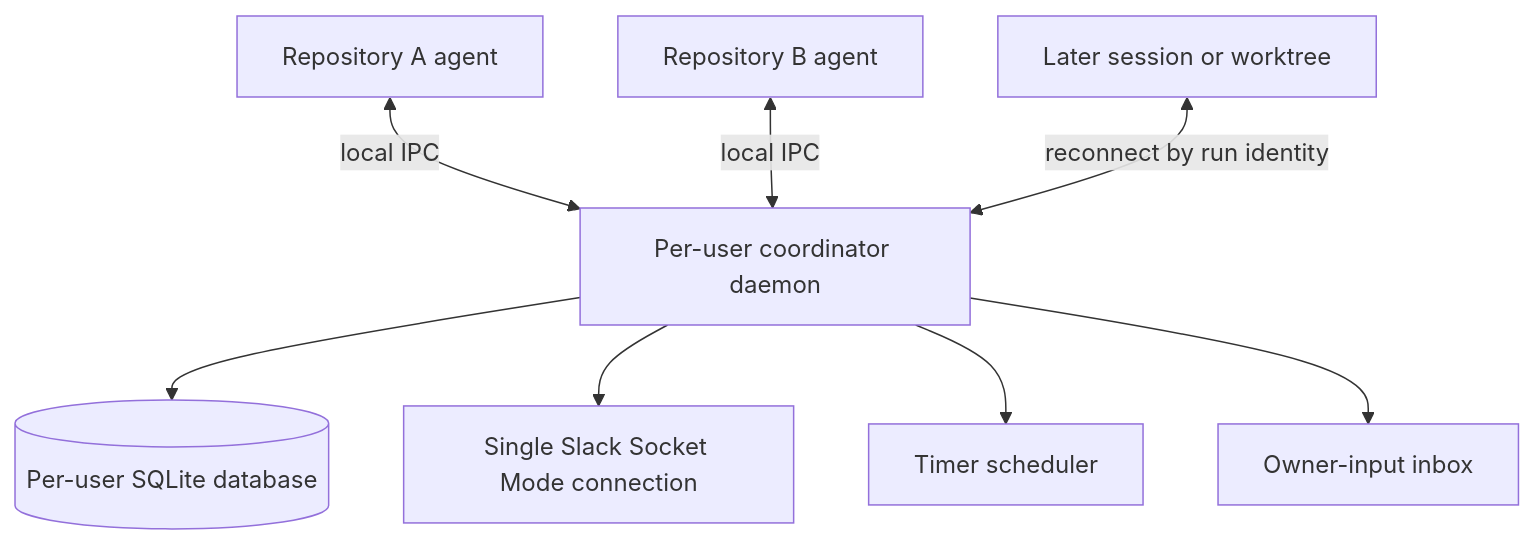
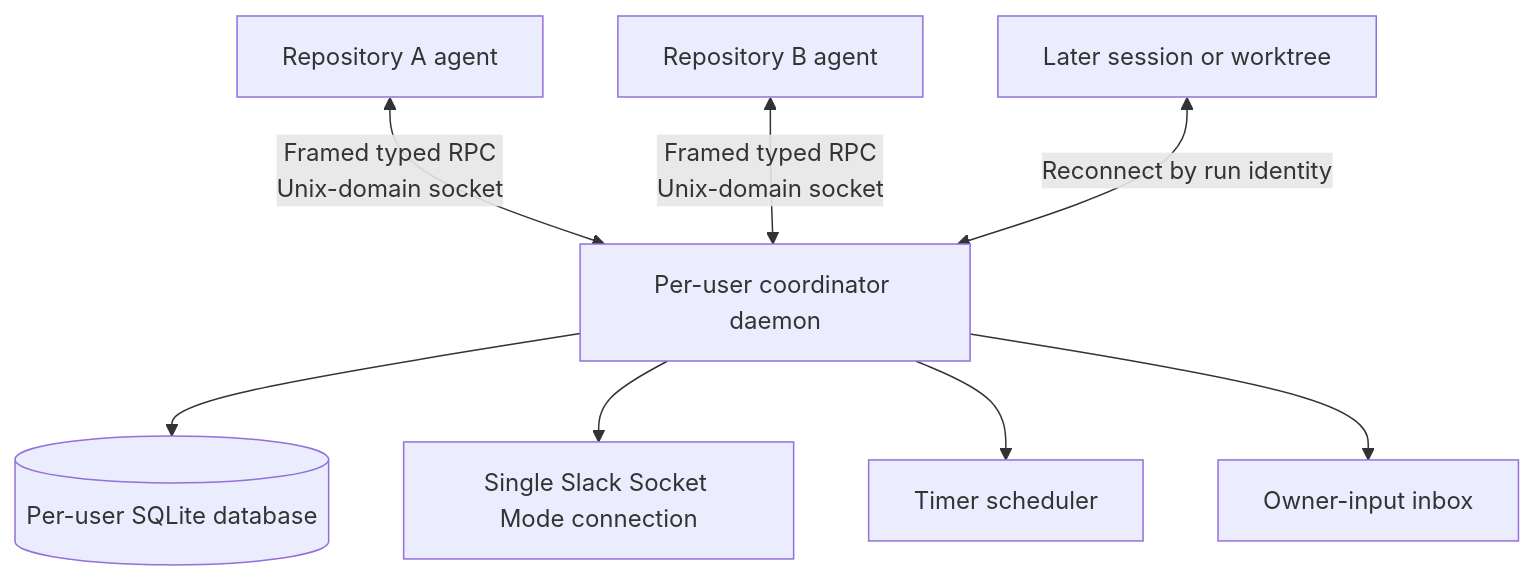
Before and after one commit to MarkTripoli/skills: the fourth of 5 diagrams in .agents/tasks/i-want-new-skill/03-tdd-slack-agent-communication.md, drawn with Mermaid. The commit also changed other lines of this file and 1 other file, not shown here.

````diff
--- a/.agents/tasks/i-want-new-skill/03-tdd-slack-agent-communication.md
+++ b/.agents/tasks/i-want-new-skill/03-tdd-slack-agent-communication.md
@@ -102,12 +102,12 @@
 ```mermaid
 flowchart TD
     D[Per-user coordinator daemon]
     D --> S[(Per-user SQLite database)]
     D --> SA[Single Slack Socket Mode connection]
     D --> T[Timer scheduler]
     D --> I[Owner-input inbox]
 
-    R1[Repository A agent] <-->|local IPC| D
-    R2[Repository B agent] <-->|local IPC| D
-    W[Later session or worktree] <-->|reconnect by run identity| D
+    R1[Repository A agent] <-->|Framed typed RPC<br/>Unix-domain socket| D
+    R2[Repository B agent] <-->|Framed typed RPC<br/>Unix-domain socket| D
+    W[Later session or worktree] <-->|Reconnect by run identity| D
 ```
````
